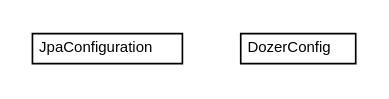
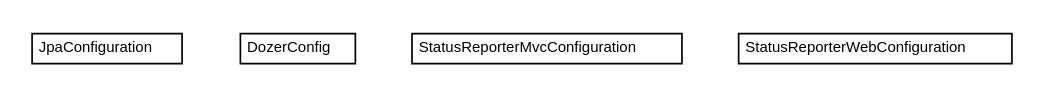
Before and after one commit to willmorejg/net.ljcomputing.status-reporter: the diagram in docs/javadoc/apidocs/net/ljcomputing/sr/config/net.ljcomputing.sr.config.dot, drawn with Graphviz. The commit also changed 115 other files, not shown here.

```diff
--- a/docs/javadoc/apidocs/net/ljcomputing/sr/config/net.ljcomputing.sr.config.dot
+++ b/docs/javadoc/apidocs/net/ljcomputing/sr/config/net.ljcomputing.sr.config.dot
@@ -1,24 +1,36 @@
 #!/usr/local/bin/dot
 #
 # Class diagram 
 # Generated by UMLGraph version R5_6 (http://www.umlgraph.org/)
 #
 
 digraph G {
 	edge [fontname="Helvetica",fontsize=10,labelfontname="Helvetica",labelfontsize=10];
 	node [fontname="Helvetica",fontsize=10,shape=plaintext];
 	nodesep=0.25;
 	ranksep=0.5;
 	// net.ljcomputing.sr.config.JpaConfiguration
-	c553 [label=<<table title="net.ljcomputing.sr.config.JpaConfiguration" border="0" cellborder="1" cellspacing="0" cellpadding="2" port="p" href="./JpaConfiguration.html">
+	c699 [label=<<table title="net.ljcomputing.sr.config.JpaConfiguration" border="0" cellborder="1" cellspacing="0" cellpadding="2" port="p" href="./JpaConfiguration.html">
 		<tr><td><table border="0" cellspacing="0" cellpadding="1">
 <tr><td align="center" balign="center"> JpaConfiguration </td></tr>
 		</table></td></tr>
 		</table>>, URL="./JpaConfiguration.html", fontname="Helvetica", fontcolor="black", fontsize=9.0];
 	// net.ljcomputing.sr.config.DozerConfig
-	c554 [label=<<table title="net.ljcomputing.sr.config.DozerConfig" border="0" cellborder="1" cellspacing="0" cellpadding="2" port="p" href="./DozerConfig.html">
+	c700 [label=<<table title="net.ljcomputing.sr.config.DozerConfig" border="0" cellborder="1" cellspacing="0" cellpadding="2" port="p" href="./DozerConfig.html">
 		<tr><td><table border="0" cellspacing="0" cellpadding="1">
 <tr><td align="center" balign="center"> DozerConfig </td></tr>
 		</table></td></tr>
 		</table>>, URL="./DozerConfig.html", fontname="Helvetica", fontcolor="black", fontsize=9.0];
+	// net.ljcomputing.sr.config.StatusReporterMvcConfiguration
+	c701 [label=<<table title="net.ljcomputing.sr.config.StatusReporterMvcConfiguration" border="0" cellborder="1" cellspacing="0" cellpadding="2" port="p" href="./StatusReporterMvcConfiguration.html">
+		<tr><td><table border="0" cellspacing="0" cellpadding="1">
+<tr><td align="center" balign="center"> StatusReporterMvcConfiguration </td></tr>
+		</table></td></tr>
+		</table>>, URL="./StatusReporterMvcConfiguration.html", fontname="Helvetica", fontcolor="black", fontsize=9.0];
+	// net.ljcomputing.sr.config.StatusReporterWebConfiguration
+	c702 [label=<<table title="net.ljcomputing.sr.config.StatusReporterWebConfiguration" border="0" cellborder="1" cellspacing="0" cellpadding="2" port="p" href="./StatusReporterWebConfiguration.html">
+		<tr><td><table border="0" cellspacing="0" cellpadding="1">
+<tr><td align="center" balign="center"> StatusReporterWebConfiguration </td></tr>
+		</table></td></tr>
+		</table>>, URL="./StatusReporterWebConfiguration.html", fontname="Helvetica", fontcolor="black", fontsize=9.0];
 }
```
